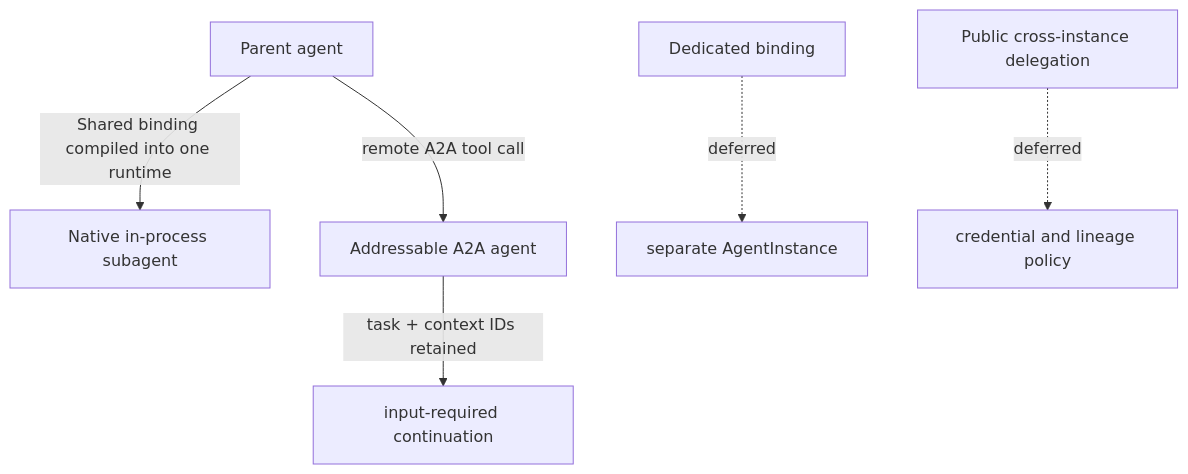
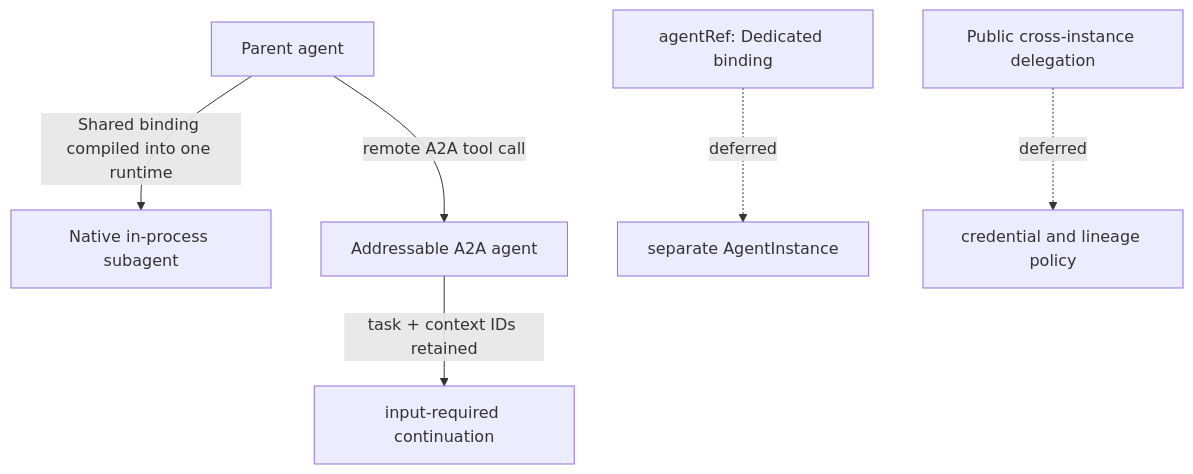
Before and after one commit to kagent-dev/kagent: the diagram in docs/architecture/a2a-subagents.md, drawn with Mermaid. The commit also changed other lines of this file and 15 other files, not shown here.

````diff
--- a/docs/architecture/a2a-subagents.md
+++ b/docs/architecture/a2a-subagents.md
@@ -5,9 +5,9 @@
 ```mermaid
 flowchart TB
     PARENT[Parent agent]
     PARENT -->|Shared binding compiled into one runtime| LOCAL[Native in-process subagent]
     PARENT -->|remote A2A tool call| REMOTE[Addressable A2A agent]
     REMOTE -->|task + context IDs retained| CONTINUE[input-required continuation]
-    DEDICATED[Dedicated binding] -. deferred .-> SEPARATE[separate AgentInstance]
+    DEDICATED[agentRef: Dedicated binding] -. deferred .-> SEPARATE[separate AgentInstance]
     PUBLIC[Public cross-instance delegation] -. deferred .-> POLICY[credential and lineage policy]
 ```
````
